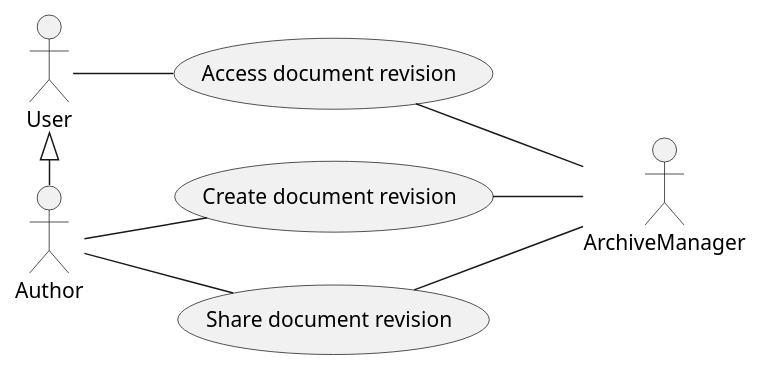
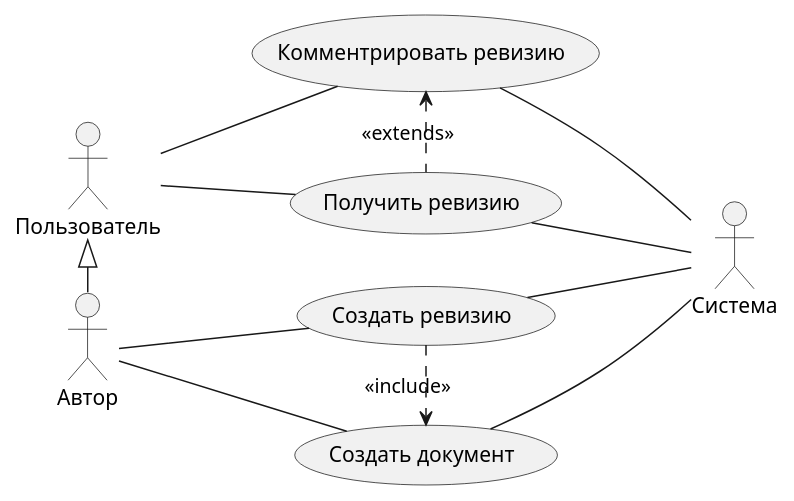
Before and after one commit to woodgoblin/archive-manager: the diagram in docs/architecture/use-case-diagram.puml, drawn with PlantUML. The commit also changed 2 other files, not shown here.

```diff
--- a/docs/architecture/use-case-diagram.puml
+++ b/docs/architecture/use-case-diagram.puml
@@ -1,15 +1,21 @@
 @startuml
 left to right direction
 
-User <|- Author
+Пользователь  <|- Автор
 
-User -- (Access document revision)
-(Access document revision) -- ArchiveManager
+Пользователь -- (Получить ревизию)
+(Получить ревизию) -- Cистема
 
-Author -- (Create document revision)
-(Create document revision) -- ArchiveManager
+Пользователь -- (Комментрировать ревизию)
+(Комментрировать ревизию) -- Cистема
+(Комментрировать ревизию) <. (Получить ревизию) : <<extends>>
 
-Author -- (Share document revision)
-(Share document revision) -- ArchiveManager
+Автор -- (Создать ревизию)
+(Создать ревизию) -- Cистема
+
+Автор -- (Создать документ)
+(Создать документ) -- Cистема
+(Создать ревизию) .> (Создать документ) : <<include>>
+
 
 @enduml
```
